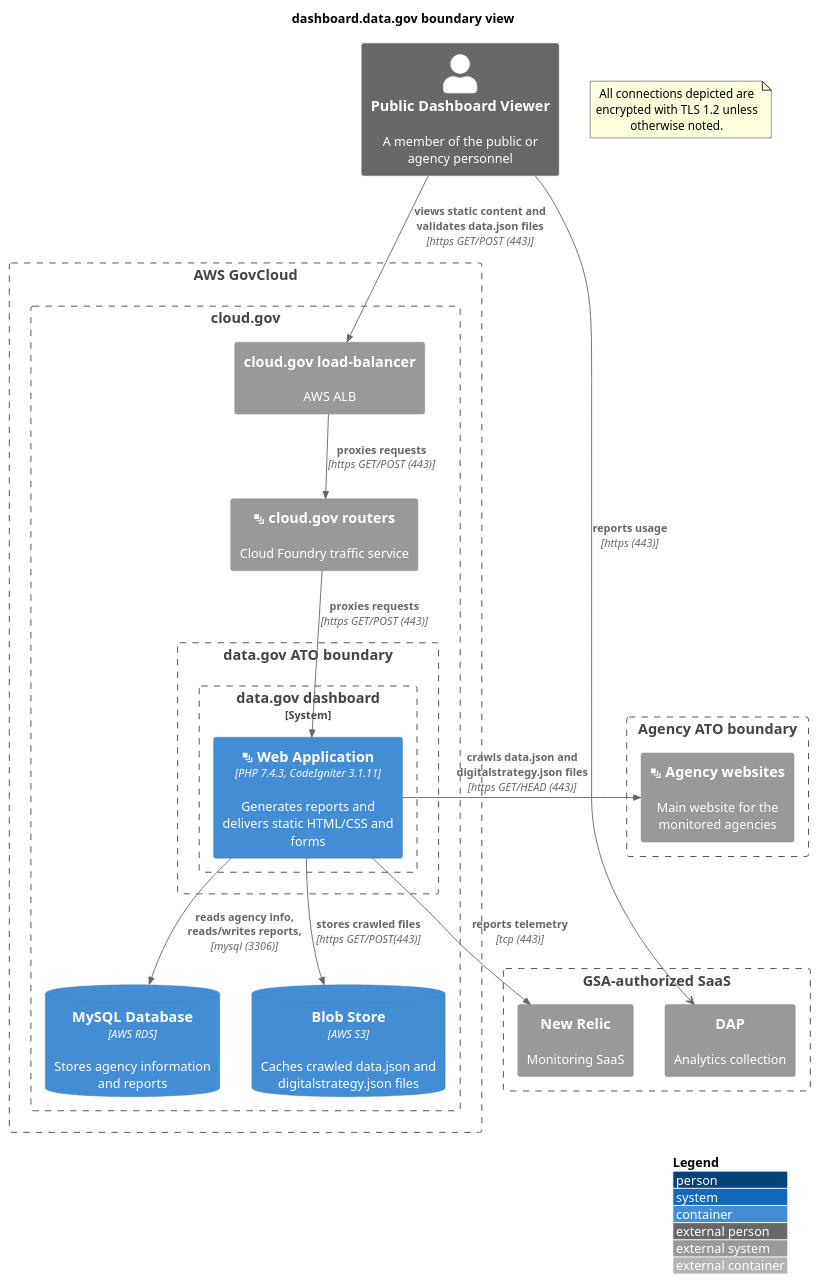
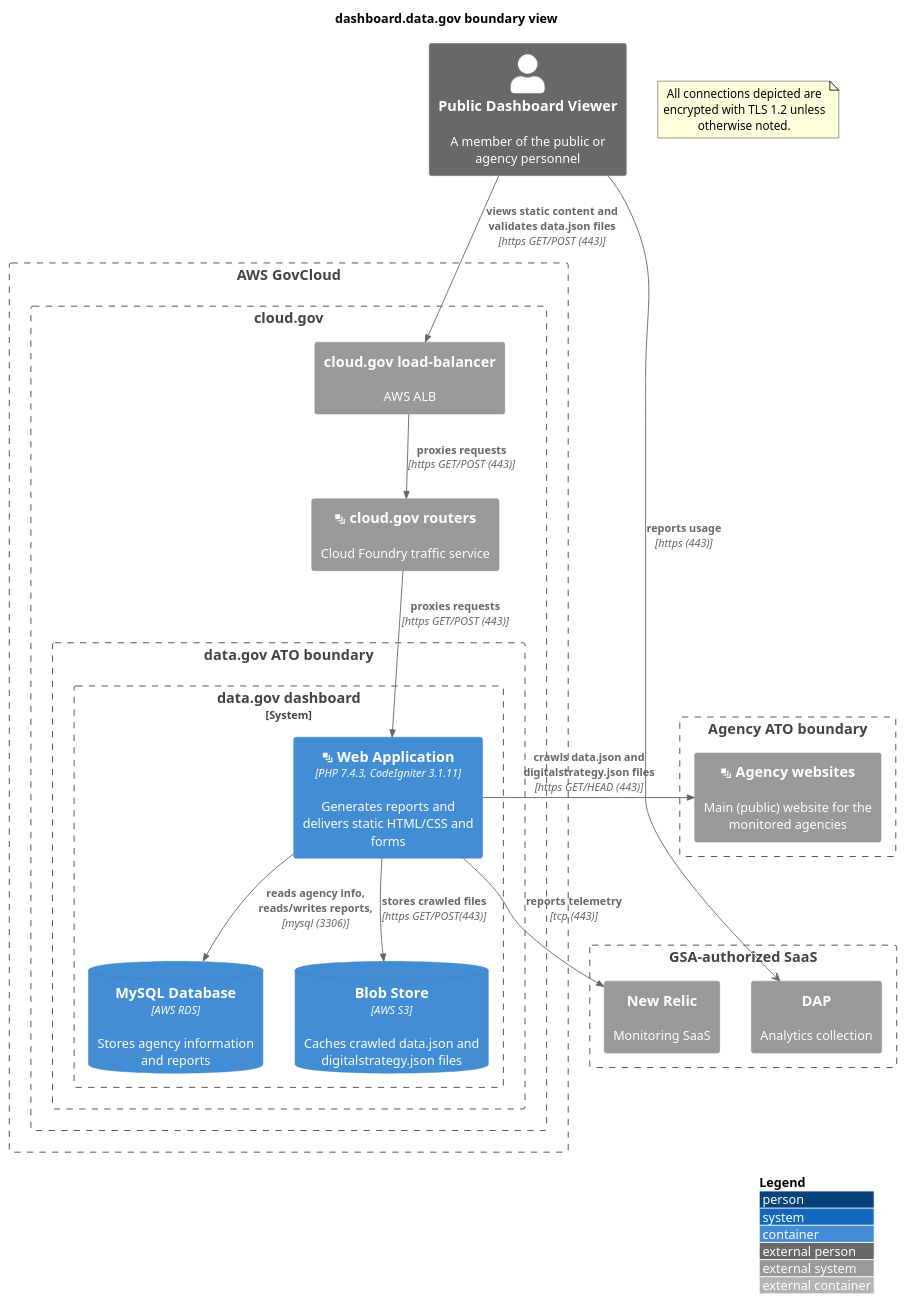
One commit to GSA/datagov-compliance changed the diagram in dashboard.boundary.md. Above: the diagram before and after it, drawn with PlantUML. The commit also changed other lines of this file and 1 other file, not shown here.

Commit message:
Bring services in-boundary for dashboard boundary diagram

````diff
--- a/dashboard.boundary.md
+++ b/dashboard.boundary.md
@@ -3,52 +3,52 @@
 ```plantuml
 @startuml
 !include https://raw.githubusercontent.com/plantuml-stdlib/C4-PlantUML/master/C4_Container.puml
 ' uncomment the following line and comment the first to use locally
 ' !include C4_Container.puml
 
 LAYOUT_WITH_LEGEND()
 title dashboard.data.gov boundary view
 
 
 Person_Ext(public, "Public Dashboard Viewer", "A member of the public or agency personnel")
 
 note as EncryptionNote
 All connections depicted are encrypted with TLS 1.2 unless otherwise noted.
 end note
 
 Boundary(aws, "AWS GovCloud") {
     
     Boundary(cloudgov, "cloud.gov") {
     	System_Ext(aws_alb, "cloud.gov load-balancer", "AWS ALB")
         System_Ext(cloudgov_router, "<&layers> cloud.gov routers", "Cloud Foundry traffic service")
         Boundary(atob, "data.gov ATO boundary") {
             System_Boundary(dashboard, "data.gov dashboard") {
                 Container(dashboard_app, "<&layers> Web Application", "PHP 7.4.3, CodeIgniter 3.1.11", "Generates reports and delivers static HTML/CSS and forms")
+                ContainerDb(dashboard_db, "MySQL Database", "AWS RDS", "Stores agency information and reports")
+                ContainerDb(dashboard_s3, "Blob Store", "AWS S3", "Caches crawled data.json and digitalstrategy.json files")
             }
         }
-        ContainerDb(dashboard_db, "MySQL Database", "AWS RDS", "Stores agency information and reports")
-        ContainerDb(dashboard_s3, "Blob Store", "AWS S3", "Caches crawled data.json and digitalstrategy.json files")
     }
 }
 
 Boundary(agency, "Agency ATO boundary") { 
-	System_Ext(agencysites, "<&layers> Agency websites", "Main website for the monitored agencies")
+	System_Ext(agencysites, "<&layers> Agency websites", "Main (public) website for the monitored agencies")
 }
 
 Boundary(gsa_saas, "GSA-authorized SaaS") { 
 	System_Ext(dap, "DAP", "Analytics collection")
 	System_Ext(newrelic, "New Relic", "Monitoring SaaS")
 }
 
 public -> dap : **reports usage** \n//[https (443)]//
 Rel(dashboard_app, newrelic, "reports telemetry", "tcp (443)")
 
 
 Rel(public, aws_alb, "views static content and validates data.json files", "https GET/POST (443)")
 Rel(aws_alb, cloudgov_router, "proxies requests", "https GET/POST (443)")
 Rel(cloudgov_router, dashboard_app, "proxies requests", "https GET/POST (443)")
 Rel_Neighbor(dashboard_app, agencysites, "crawls data.json and digitalstrategy.json files", "https GET/HEAD (443)") 
 Rel(dashboard_app, dashboard_db, "reads agency info, reads/writes reports, ", "mysql (3306)")
 Rel(dashboard_app, dashboard_s3, "stores crawled files", "https GET/POST(443)")
 @enduml
 ```
````
